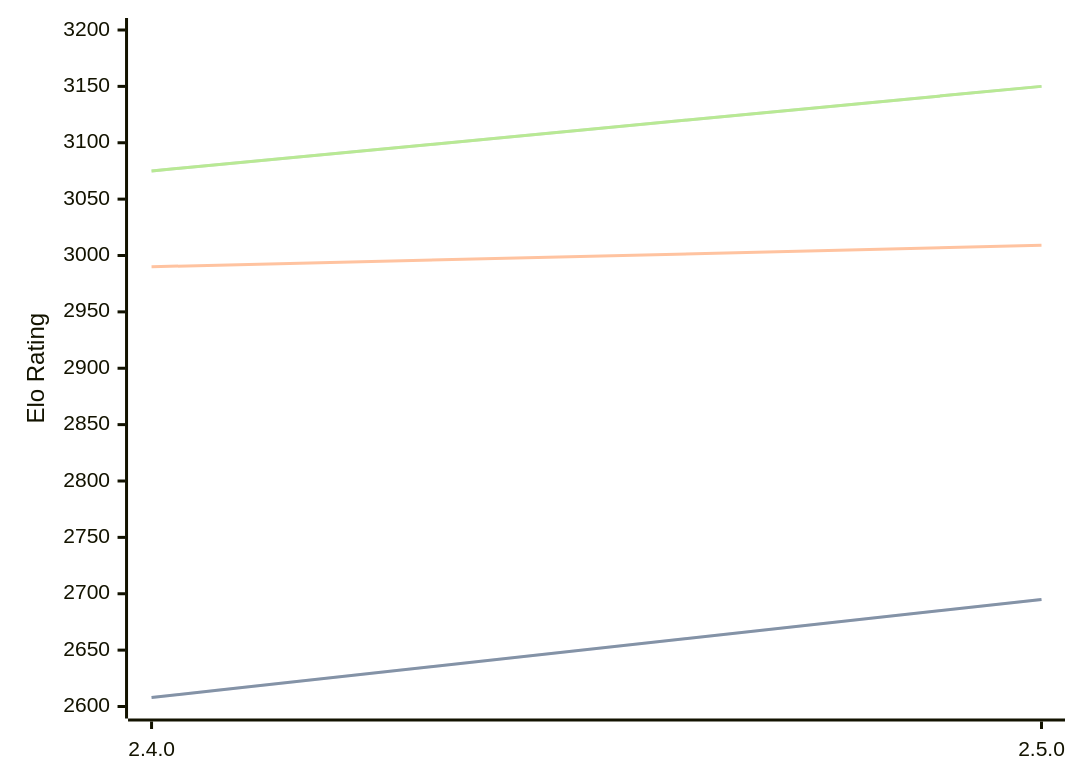
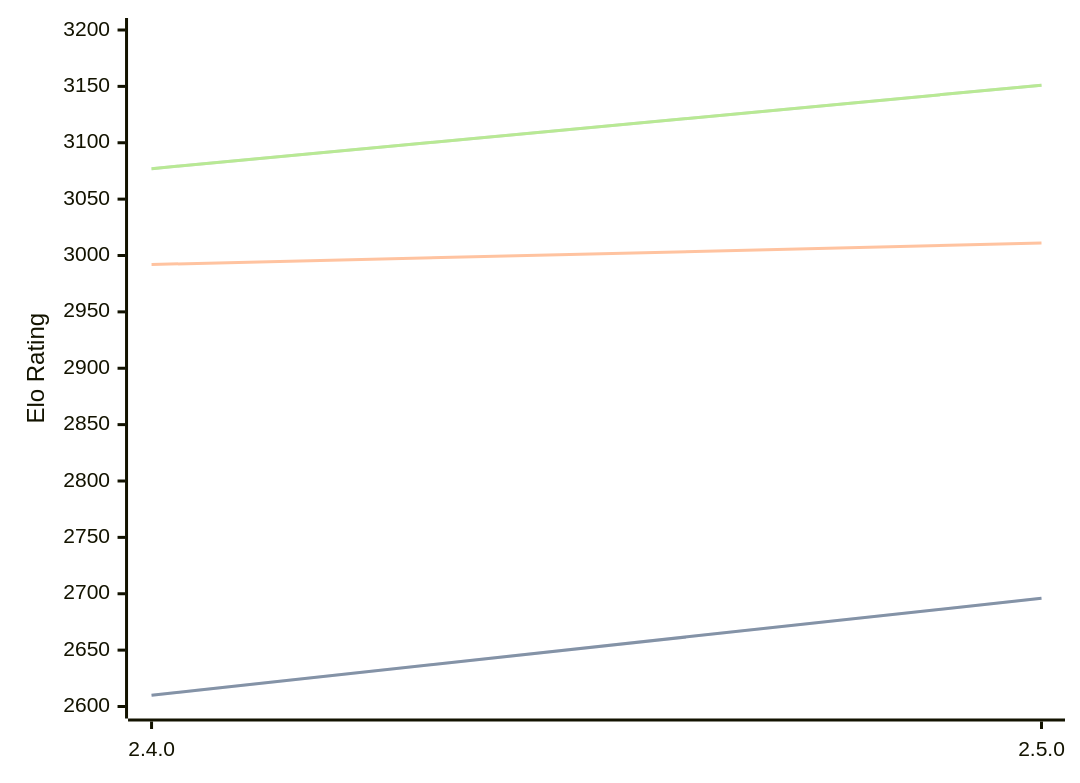
Before and after one commit to computer-chess-index/cci: the diagram in engines/Sturddle2.md, drawn with Mermaid. The commit also changed other lines of this file, not shown here.

Commit message:
Update CCI Ratings (ELO VLTC) - 2026-06-11

````diff
--- a/engines/Sturddle2.md
+++ b/engines/Sturddle2.md
@@ -37,11 +37,11 @@
 ```mermaid
 %%{init: {"theme":"base","themeVariables":{"seriesColors:['#a3a3a3','#222221','#faa371']}}}%%
 xychart-beta
   x-axis ["2.4.0", "2.5.0"]
   y-axis "Elo Rating" 2600 --> 3200
-  line "STC (8.0+0.08s)" [2608, 2695]
-  line "STC (8.0+0.08s)" [2608, 2695]
-  line "LTC (60.0+0.60s)" [2990, 3009]
-  line "VLTC (2m24s+1.12s)" [3075, 3150]
-  line "VLTC (2m24s+1.12s)" [3075, 3150]
+  line "STC (8.0+0.08s)" [2610, 2696]
+  line "STC (8.0+0.08s)" [2610, 2696]
+  line "LTC (60.0+0.60s)" [2992, 3011]
+  line "VLTC (2m24s+1.12s)" [3077, 3151]
+  line "VLTC (2m24s+1.12s)" [3077, 3151]
 ```
````
